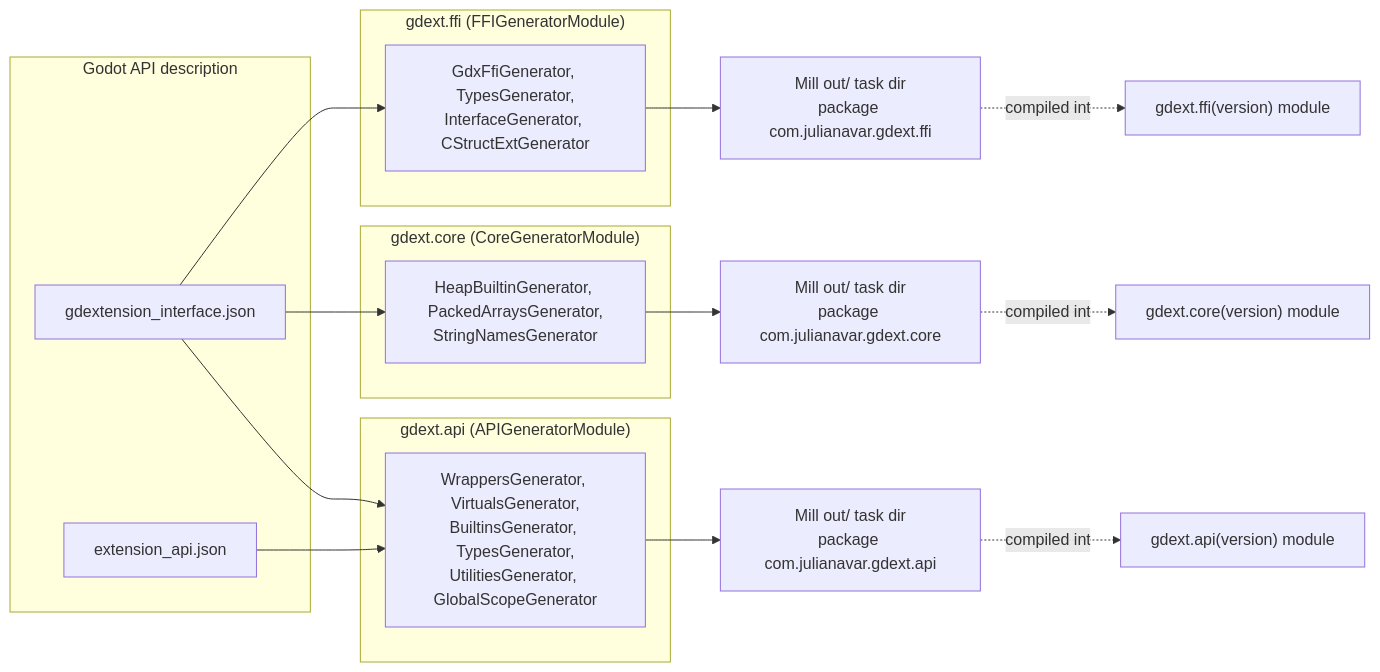
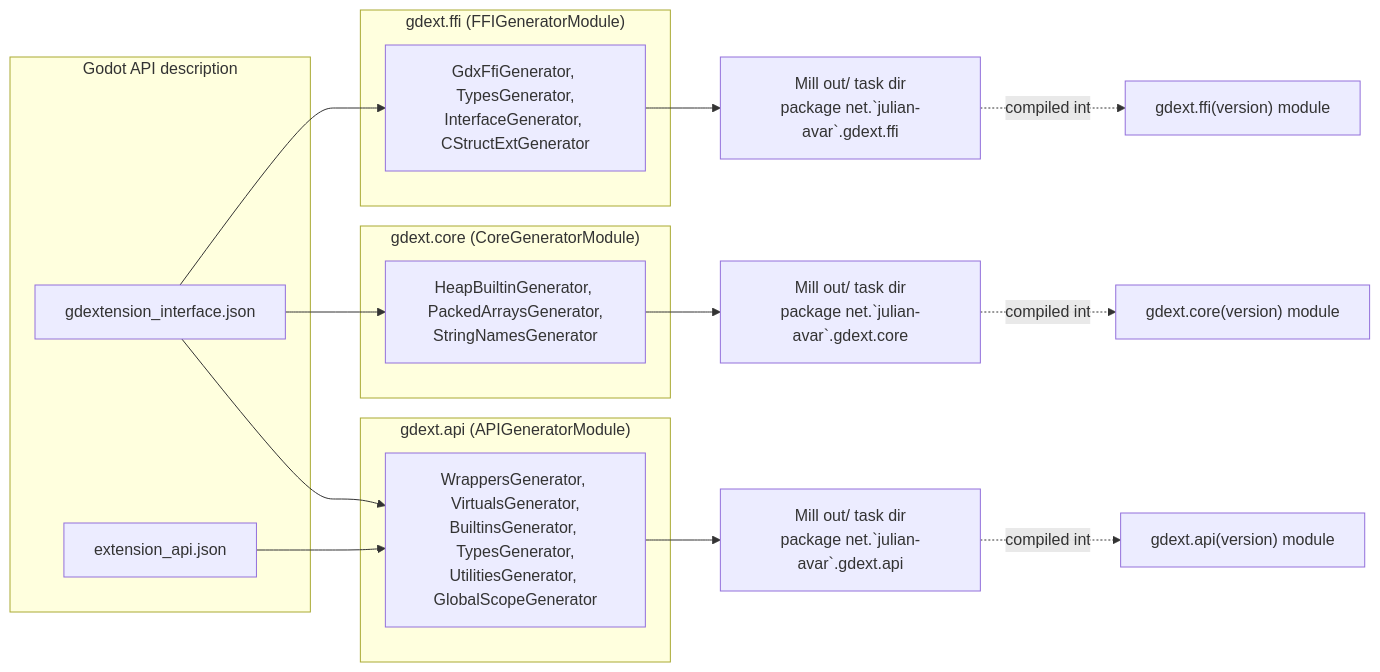
The first of 2 diagrams in docs/00-architecture-overview.md (julian-avar/gdext-sc-native), drawn with Mermaid before and after one commit. The commit also changed 154 other files, not shown here.

Commit message:
chore: rename com.julianavar to net.julian-avar

````diff
--- a/docs/00-architecture-overview.md
+++ b/docs/00-architecture-overview.md
@@ -43,28 +43,28 @@
 ```mermaid
 flowchart LR
     subgraph "Godot API description"
         IFACE["gdextension_interface.json"]
         APIJSON["extension_api.json"]
     end
 
     subgraph "gdext.ffi (FFIGeneratorModule)"
         FFIGEN["GdxFfiGenerator, TypesGenerator,\nInterfaceGenerator, CStructExtGenerator"]
     end
 
     subgraph "gdext.core (CoreGeneratorModule)"
         COREGEN["HeapBuiltinGenerator, PackedArraysGenerator,\nStringNamesGenerator"]
     end
 
     subgraph "gdext.api (APIGeneratorModule)"
         APIGEN["WrappersGenerator, VirtualsGenerator,\nBuiltinsGenerator, TypesGenerator,\nUtilitiesGenerator, GlobalScopeGenerator"]
     end
 
-    IFACE --> FFIGEN --> FFIOUT["Mill out/ task dir\npackage com.julianavar.gdext.ffi"]
-    IFACE --> COREGEN --> COREOUT["Mill out/ task dir\npackage com.julianavar.gdext.core"]
+    IFACE --> FFIGEN --> FFIOUT["Mill out/ task dir\npackage net.`julian-avar`.gdext.ffi"]
+    IFACE --> COREGEN --> COREOUT["Mill out/ task dir\npackage net.`julian-avar`.gdext.core"]
     IFACE --> APIGEN
-    APIJSON --> APIGEN --> APIOUT["Mill out/ task dir\npackage com.julianavar.gdext.api"]
+    APIJSON --> APIGEN --> APIOUT["Mill out/ task dir\npackage net.`julian-avar`.gdext.api"]
 
     FFIOUT -.compiled into.-> FFIMOD["gdext.ffi(version) module"]
     COREOUT -.compiled into.-> COREMOD["gdext.core(version) module"]
     APIOUT -.compiled into.-> APIMOD["gdext.api(version) module"]
 ```
````
